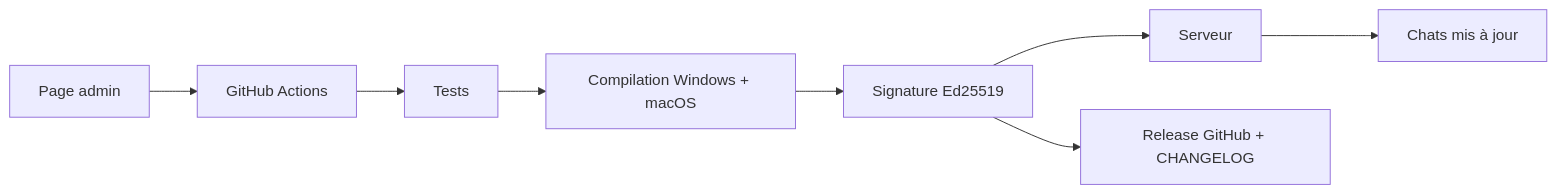
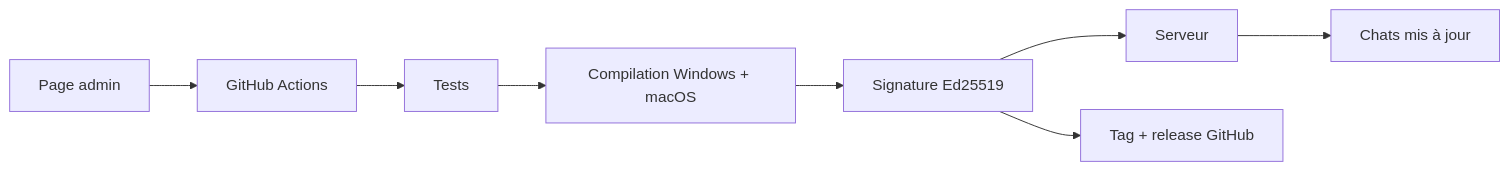
One commit to Distrib-ps/TamagoChat changed the diagram in README.md. Above: the diagram before and after it, drawn with Mermaid. The commit also changed other lines of this file and 3 other files, not shown here.

````diff
--- a/README.md
+++ b/README.md
@@ -155,10 +155,10 @@
 ```mermaid
 flowchart LR
     A[Page admin] --> B[GitHub Actions]
     B --> C[Tests]
     C --> D[Compilation Windows + macOS]
     D --> E[Signature Ed25519]
     E --> F[Serveur]
     F --> G[Chats mis à jour]
-    E --> H[Release GitHub + CHANGELOG]
+    E --> H[Tag + release GitHub]
 ```
````
